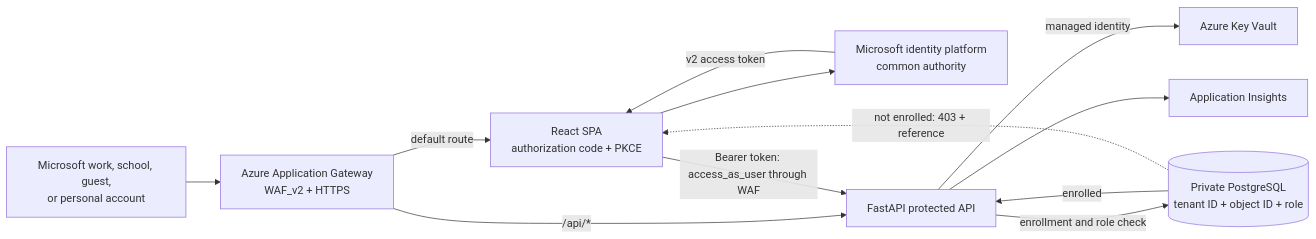
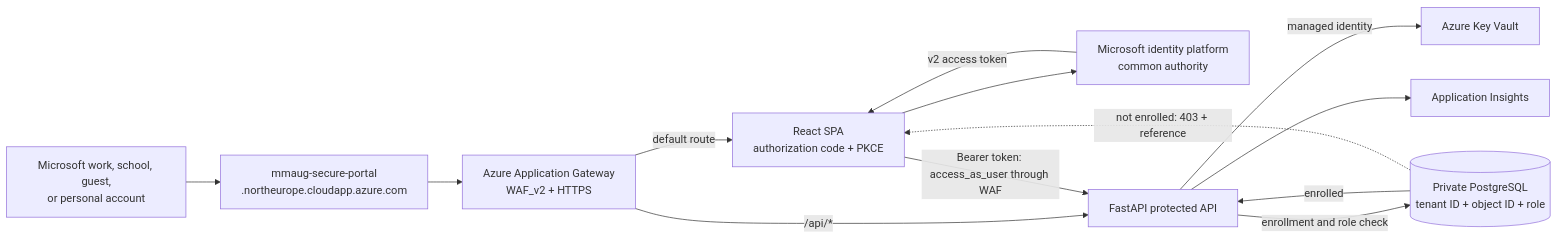
The first of 2 diagrams in docs/architecture.md (Eniola-007/mmaug-secure-login-portal), drawn with Mermaid before and after one commit. The commit also changed other lines of this file and 13 other files, not shown here.

Commit message:
Update approved architecture and proposal

````diff
--- a/docs/architecture.md
+++ b/docs/architecture.md
@@ -20,23 +20,25 @@
 ```mermaid
 flowchart LR
     U[Microsoft work, school, guest,<br/>or personal account]
+    DNS[mmaug-secure-portal<br/>.northeurope.cloudapp.azure.com]
     WAF[Azure Application Gateway<br/>WAF_v2 + HTTPS]
     SPA[React SPA<br/>authorization code + PKCE]
     IDP[Microsoft identity platform<br/>common authority]
     API[FastAPI protected API]
     DB[(Private PostgreSQL<br/>tenant ID + object ID + role)]
     KV[Azure Key Vault]
     MON[Application Insights]
 
-    U --> WAF
+    U --> DNS
+    DNS --> WAF
     WAF -->|default route| SPA
     WAF -->|/api/*| API
     SPA --> IDP
     IDP -->|v2 access token| SPA
     SPA -->|Bearer token: access_as_user through WAF| API
     API -->|enrollment and role check| DB
     API -->|managed identity| KV
     API --> MON
     DB -->|enrolled| API
     DB -.->|not enrolled: 403 + reference| SPA
 ```
````
